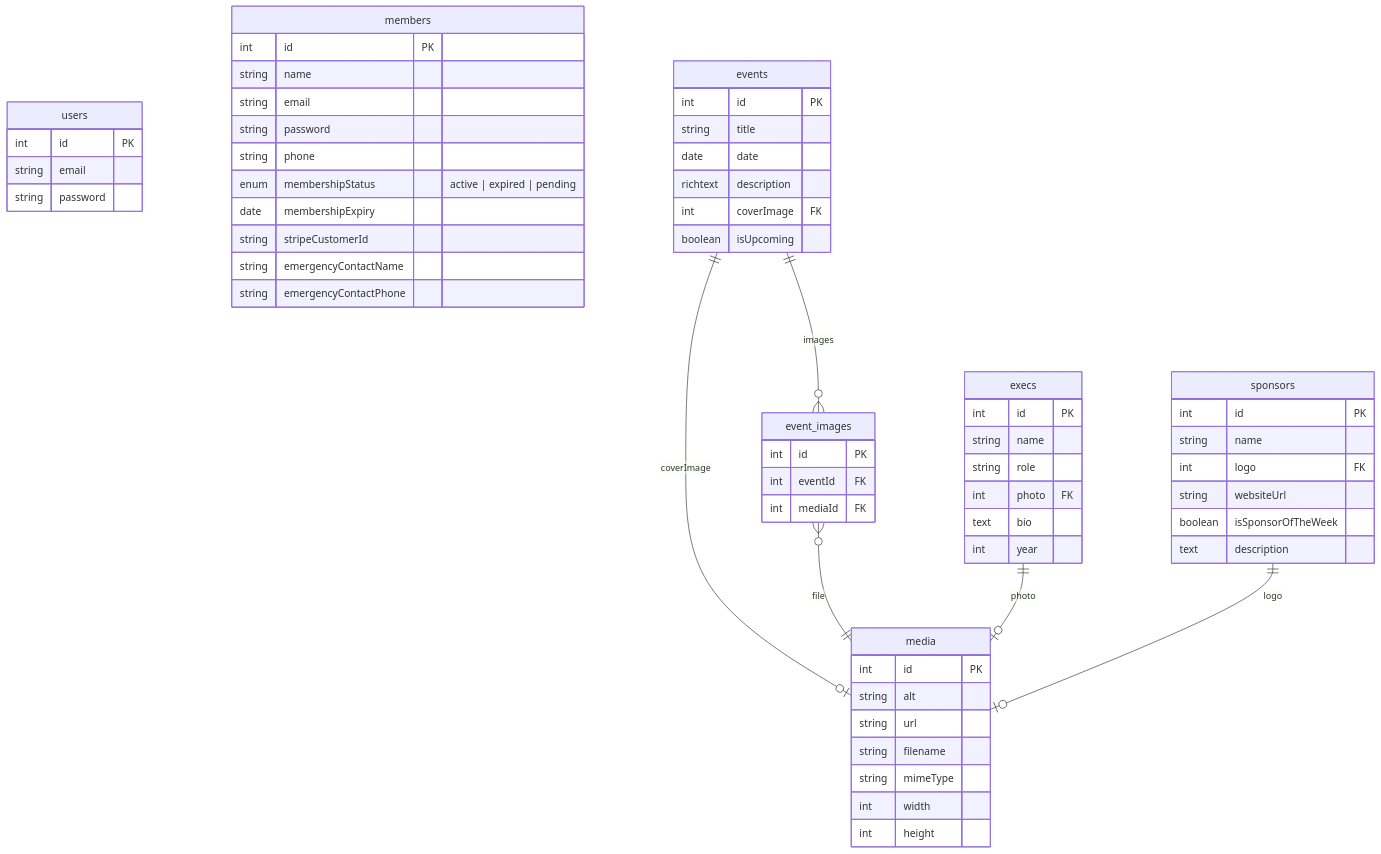
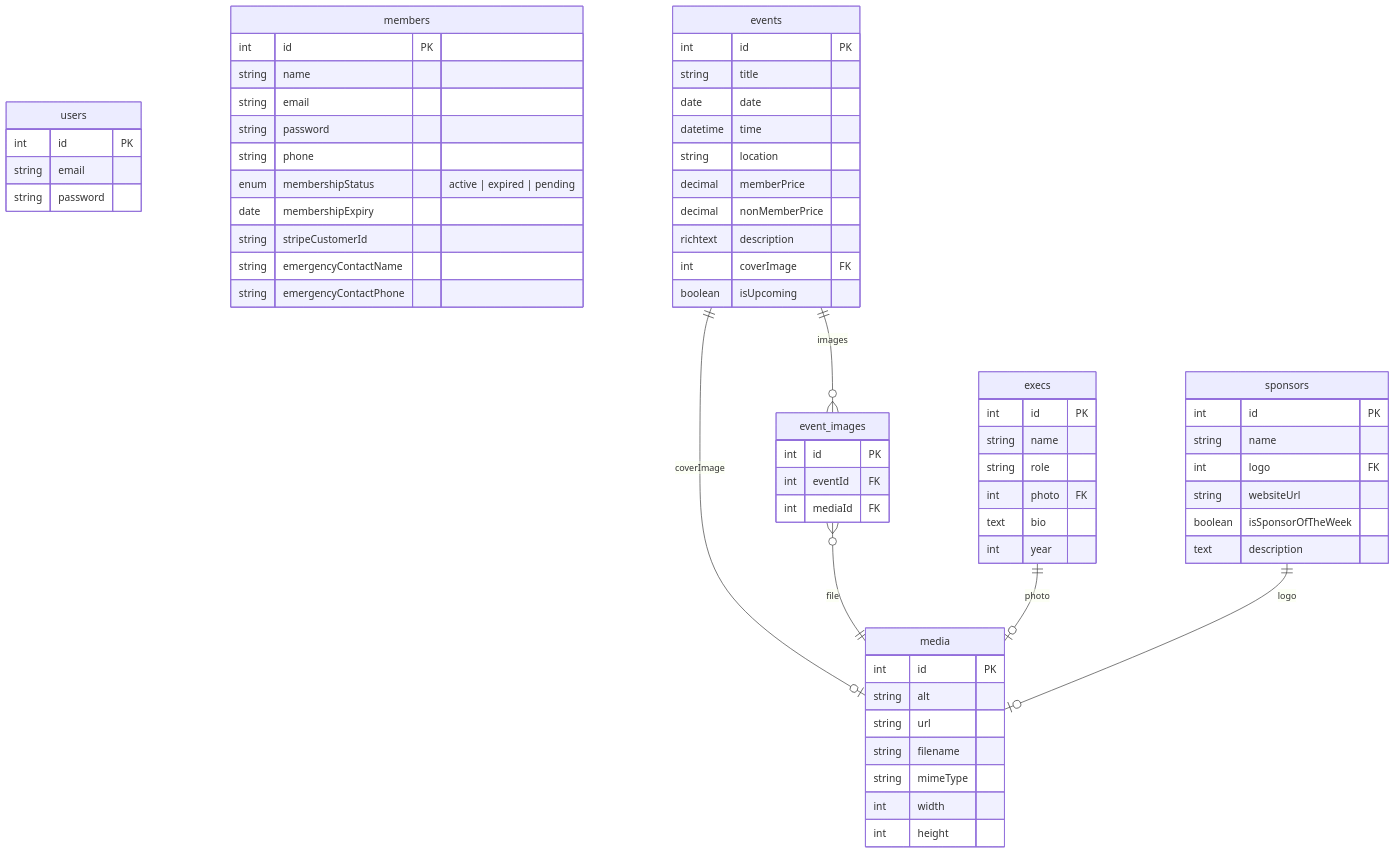
Before and after one commit to UoaWDCC/ssa: the second of 2 diagrams in docs/database.md, drawn with Mermaid. The commit also changed other lines of this file and 37 other files, not shown here.

````diff
--- a/docs/database.md
+++ b/docs/database.md
@@ -45,70 +47,74 @@
 ```mermaid
 erDiagram
     users {
         int id PK
         string email
         string password
     }
 
     members {
         int id PK
         string name
         string email
         string password
         string phone
         enum membershipStatus "active | expired | pending"
         date membershipExpiry
         string stripeCustomerId
         string emergencyContactName
         string emergencyContactPhone
     }
 
     events {
         int id PK
         string title
         date date
+        datetime time
+        string location
+        decimal memberPrice
+        decimal nonMemberPrice
         richtext description
         int coverImage FK
         boolean isUpcoming
     }
 
     event_images {
         int id PK
         int eventId FK
         int mediaId FK
     }
 
     execs {
         int id PK
         string name
         string role
         int photo FK
         text bio
         int year
     }
 
     sponsors {
         int id PK
         string name
         int logo FK
         string websiteUrl
         boolean isSponsorOfTheWeek
         text description
     }
 
     media {
         int id PK
         string alt
         string url
         string filename
         string mimeType
         int width
         int height
     }
 
     events ||--o| media : "coverImage"
     events ||--o{ event_images : "images"
     event_images }o--|| media : "file"
     execs ||--o| media : "photo"
     sponsors ||--o| media : "logo"
 ```
````
